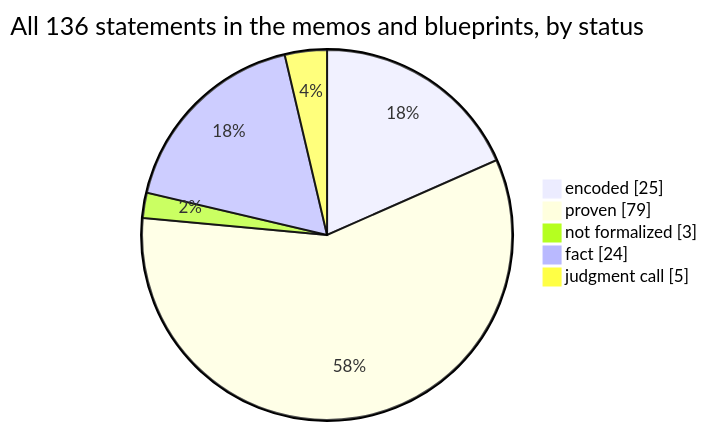
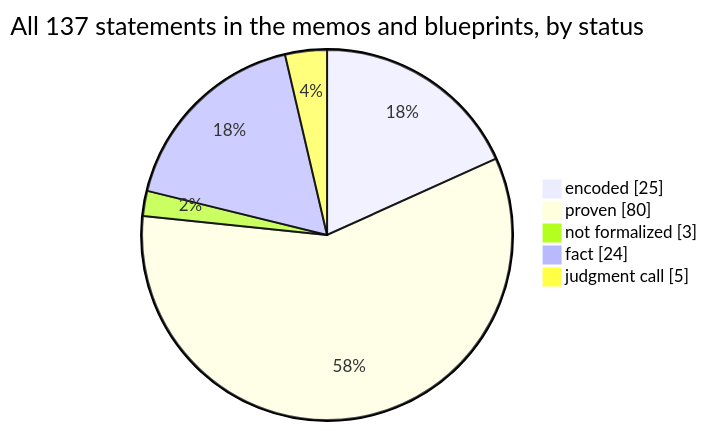
One commit to SeanWMurray/Canteen changed the first of 4 diagrams in docs/graphs/dashboard.md. Above: the diagram before and after it, drawn with Mermaid. The commit also changed other lines of this file and 17 other files, not shown here.

````diff
--- a/docs/graphs/dashboard.md
+++ b/docs/graphs/dashboard.md
@@ -11,8 +11,8 @@
 ```mermaid
-pie showData title All 136 statements in the memos and blueprints, by status
+pie showData title All 137 statements in the memos and blueprints, by status
     "encoded" : 25
-    "proven" : 79
+    "proven" : 80
     "not formalized" : 3
     "fact" : 24
     "judgment call" : 5
 ```
````
